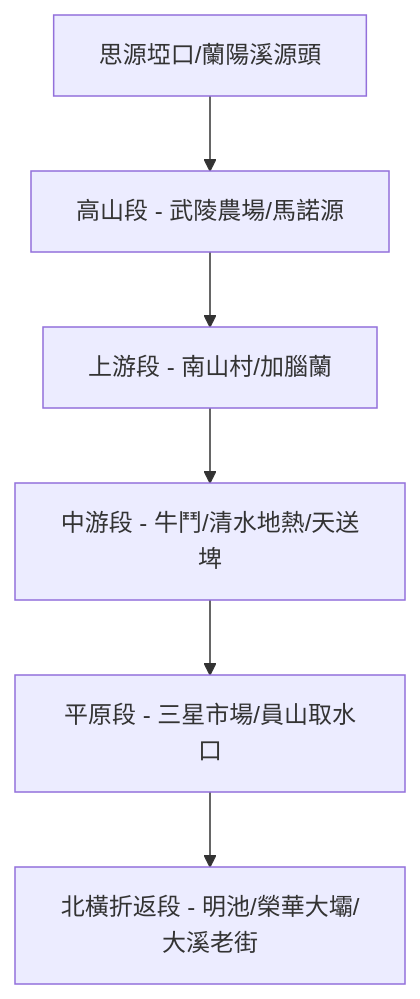
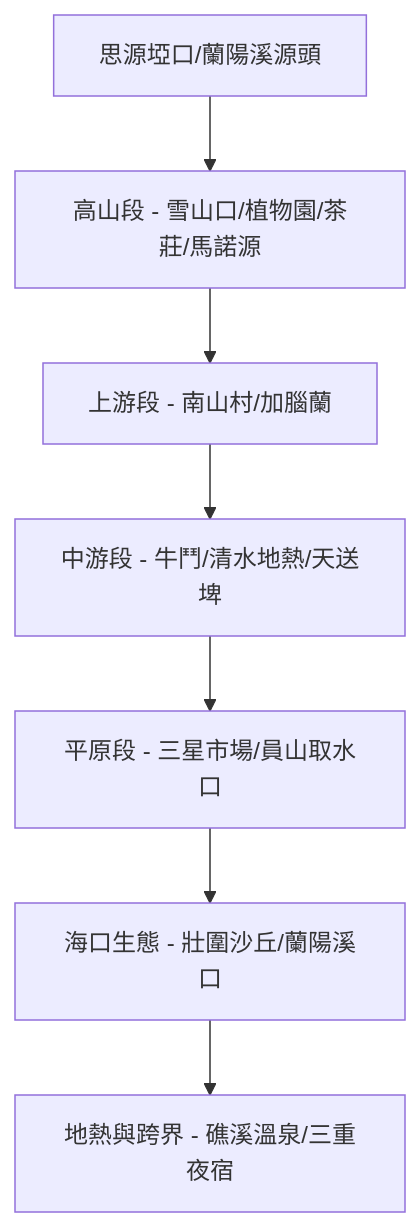
The diagram in static/walkgis_prj/maps/20260324_lanyang_exploration.md (wuulong/wuulong-notes-blog), drawn with Mermaid before and after one commit. The commit also changed other lines of this file and 11 other files, not shown here.

````diff
--- a/static/walkgis_prj/maps/20260324_lanyang_exploration.md
+++ b/static/walkgis_prj/maps/20260324_lanyang_exploration.md
@@ -8,8 +8,9 @@
 ```mermaid
 graph TD;
-    A[思源埡口/蘭陽溪源頭] --> B[高山段 - 武陵農場/馬諾源];
+    A[思源埡口/蘭陽溪源頭] --> B[高山段 - 雪山口/植物園/茶莊/馬諾源];
     B --> C[上游段 - 南山村/加腦蘭];
     C --> D[中游段 - 牛鬥/清水地熱/天送埤];
     D --> E[平原段 - 三星市場/員山取水口];
-    E --> F[北橫折返段 - 明池/榮華大壩/大溪老街];
+    E --> F[海口生態 - 壯圍沙丘/蘭陽溪口];
+    F --> G[地熱與跨界 - 礁溪溫泉/三重夜宿];
 ```
````
